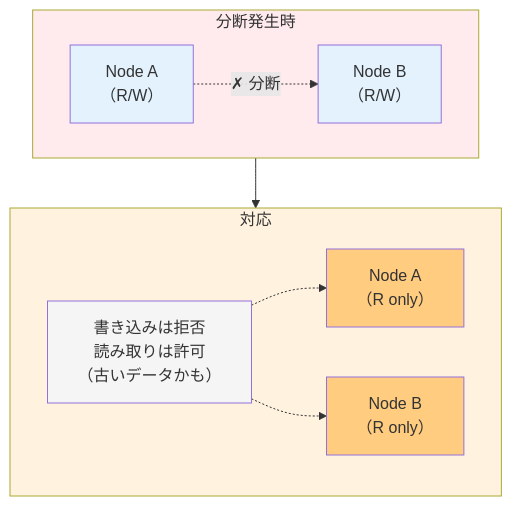
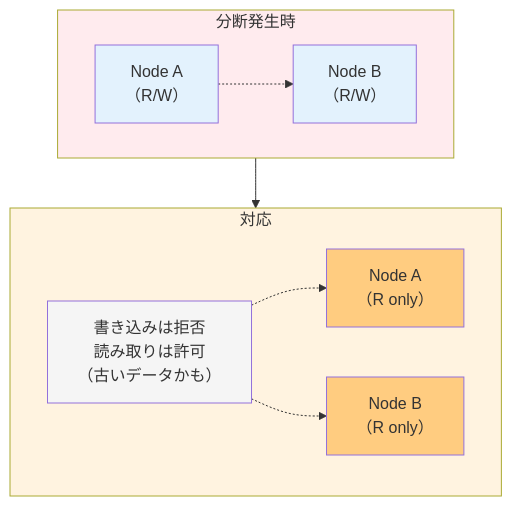
One commit to yasuhisa1984/blog changed diagram 17 of 19 in content/posts/cap-theorem-complete-guide.md. Above: the diagram before and after it, drawn with Mermaid. The commit also changed other lines of this file, not shown here.

First line of the commit message:
fix: CAP定理記事のMermaid v11構文エラーを修正

````diff
--- a/content/posts/cap-theorem-complete-guide.md
+++ b/content/posts/cap-theorem-complete-guide.md
@@ -681,26 +664,26 @@
 ```mermaid
 graph TB
     subgraph Before["分断発生時"]
         NodeA1["Node A<br/>（R/W）"]
         NodeB1["Node B<br/>（R/W）"]
-        NodeA1 -.->|✗ 分断| NodeB1
+        NodeA1 -.-> NodeB1
     end
 
     subgraph After["対応"]
         NodeA2["Node A<br/>（R only）"]
         NodeB2["Node B<br/>（R only）"]
         Note["書き込みは拒否<br/>読み取りは許可<br/>（古いデータかも）"]
         Note -.-> NodeA2
         Note -.-> NodeB2
     end
 
     Before --> After
 
     style Before fill:#ffebee
     style After fill:#fff3e0
     style NodeA1 fill:#e3f2fd
     style NodeB1 fill:#e3f2fd
     style NodeA2 fill:#ffcc80
     style NodeB2 fill:#ffcc80
     style Note fill:#f5f5f5
 ```
````
